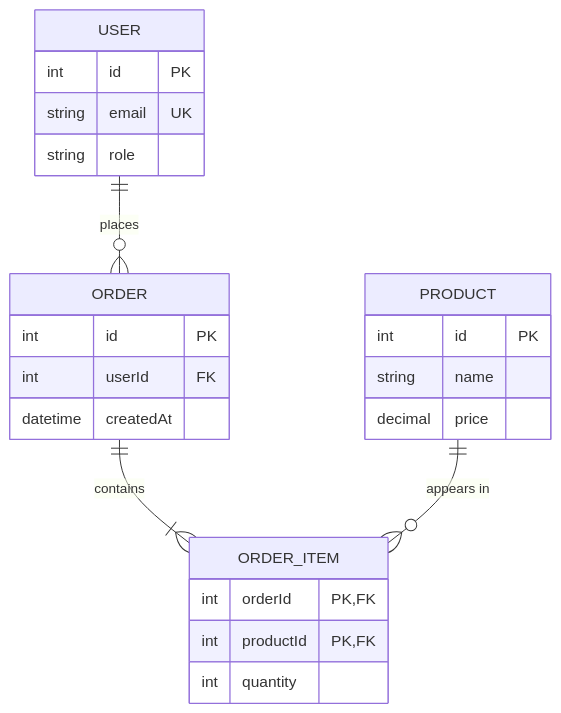
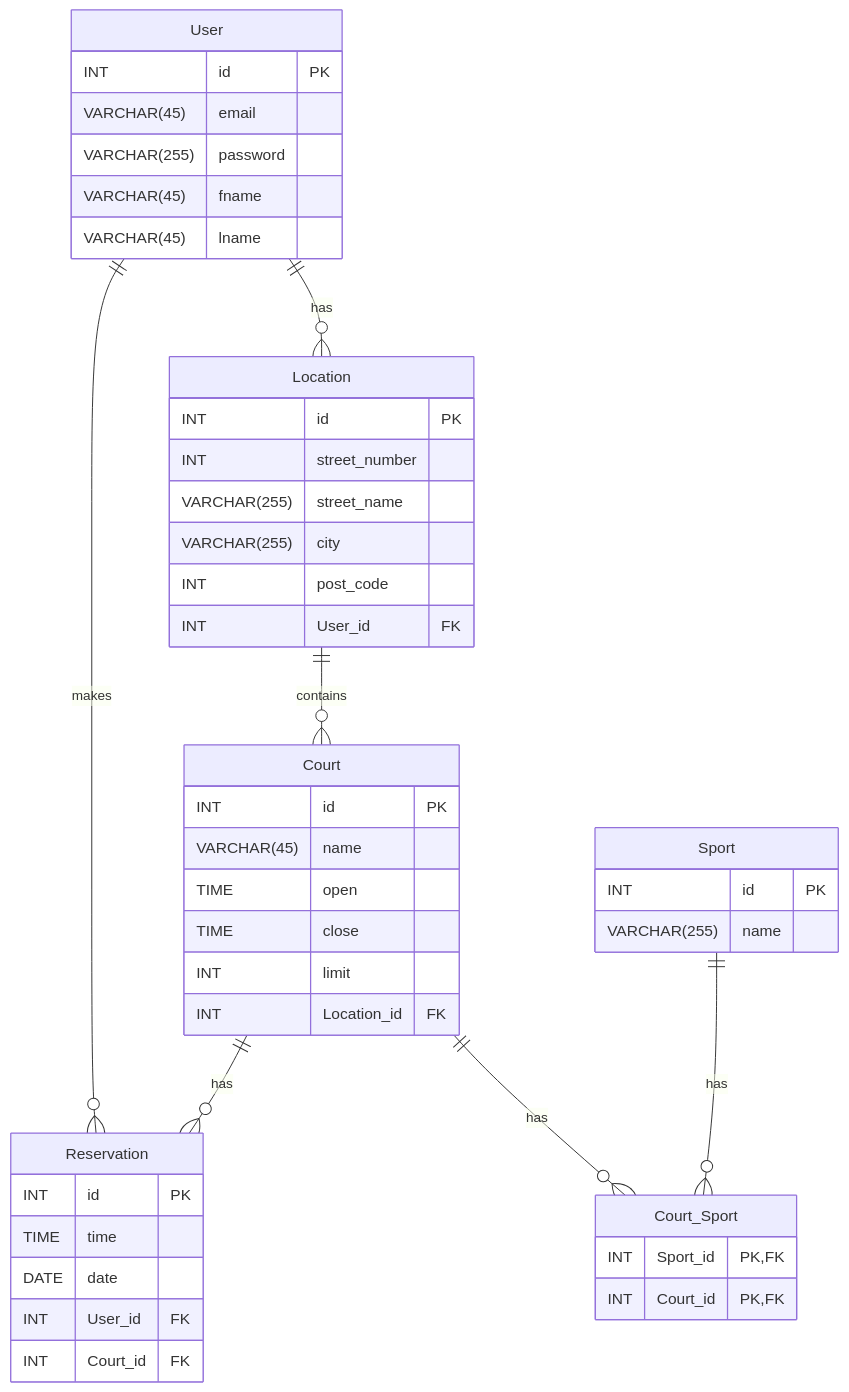
One commit to GegicGregor/sturdy-umbrella changed the diagram in docs/data-model.md. Above: the diagram before and after it, drawn with Mermaid.

Commit message:
Revise data model with new entities and relationships
Updated the data model to include new entities and relationships, such as User, Location, Reservation, Court, Sport, and Court_Sport.

````diff
--- a/docs/data-model.md
+++ b/docs/data-model.md
@@ -5,27 +5,53 @@
 ```mermaid
 erDiagram
-    USER ||--o{ ORDER : places
-    ORDER ||--|{ ORDER_ITEM : contains
-    PRODUCT ||--o{ ORDER_ITEM : "appears in"
+    User ||--o{ Location : "has"
+    User ||--o{ Reservation : "makes"
+    Location ||--o{ Court : "contains"
+    Court ||--o{ Reservation : "has"
+    Court ||--o{ Court_Sport : "has"
+    Sport ||--o{ Court_Sport : "has"
 
-    USER {
-        int id PK
-        string email UK
-        string role
+    User {
+        INT id PK
+        VARCHAR(45) email
+        VARCHAR(255) password
+        VARCHAR(45) fname
+        VARCHAR(45) lname
     }
-    ORDER {
-        int id PK
-        int userId FK
-        datetime createdAt
+
+    Location {
+        INT id PK
+        INT street_number
+        VARCHAR(255) street_name
+        VARCHAR(255) city
+        INT post_code
+        INT User_id FK
     }
-    ORDER_ITEM {
-        int orderId PK, FK
-        int productId PK, FK
-        int quantity
+
+    Reservation {
+        INT id PK
+        TIME time
+        DATE date
+        INT User_id FK
+        INT Court_id FK
     }
-    PRODUCT {
-        int id PK
-        string name
-        decimal price
+
+    Court {
+        INT id PK
+        VARCHAR(45) name
+        TIME open
+        TIME close
+        INT limit
+        INT Location_id FK
+    }
+
+    Sport {
+        INT id PK
+        VARCHAR(255) name
+    }
+
+    Court_Sport {
+        INT Sport_id PK,FK
+        INT Court_id PK,FK
     }
 ```
````
